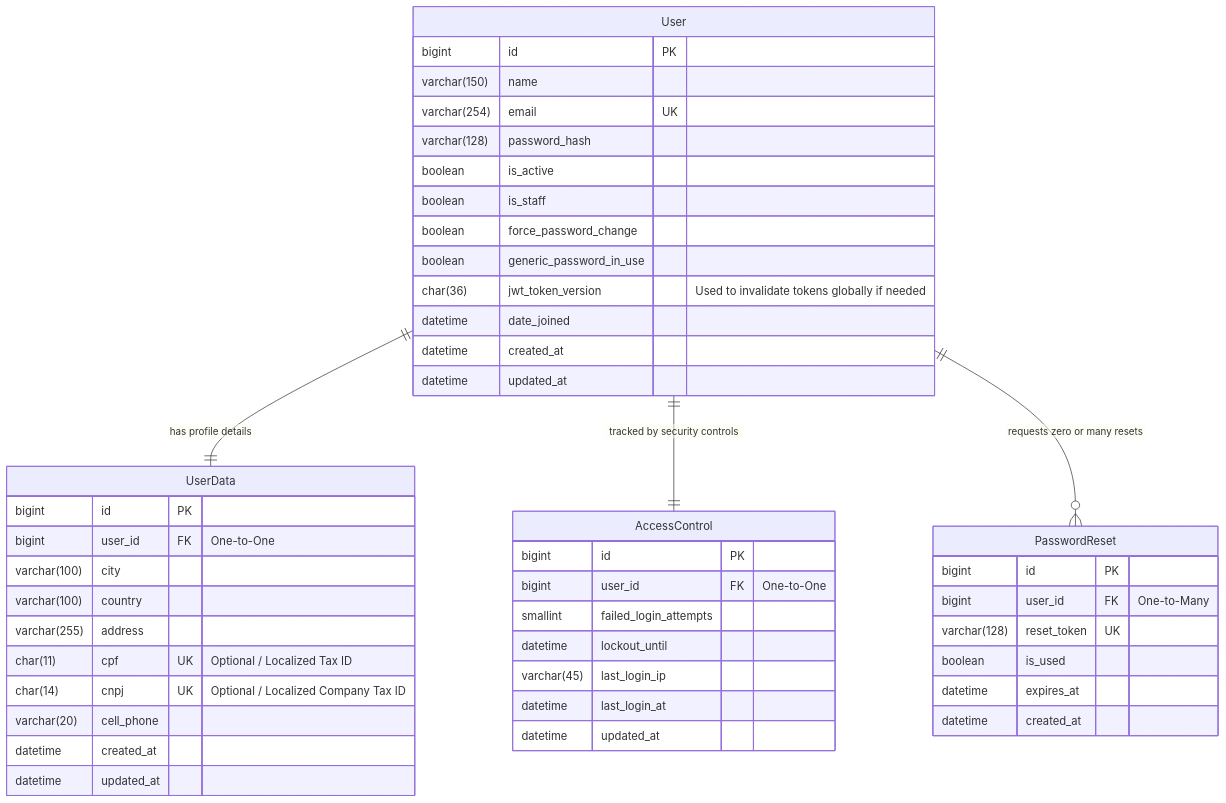
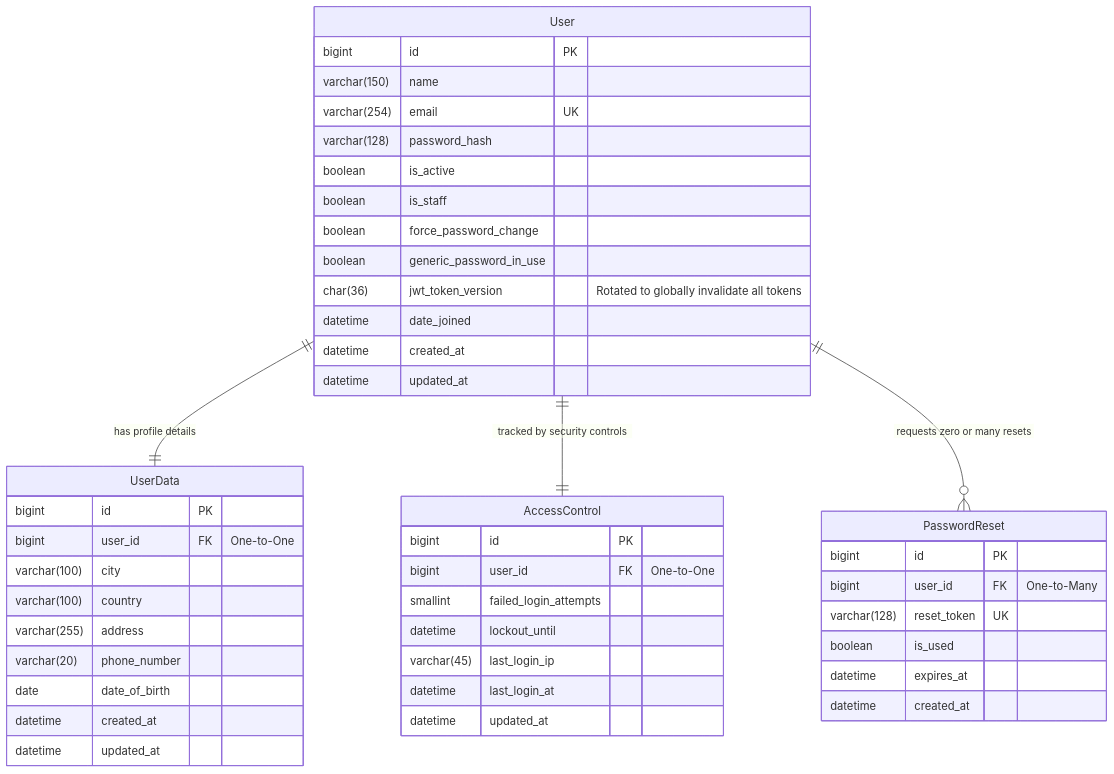
Before and after one commit to NicholasGDev/pythonErpConsole: the second of 2 diagrams in README.MD, drawn with Mermaid. The commit also changed other lines of this file, not shown here.

Commit message:
feat: update README with API reference and authentication flow details

````diff
--- a/README.MD
+++ b/README.MD
@@ -58,54 +72,52 @@
 ```mermaid
 erDiagram
     User {
         bigint id PK
         varchar(150) name
         varchar(254) email UK
         varchar(128) password_hash
         boolean is_active
         boolean is_staff
         boolean force_password_change
         boolean generic_password_in_use
-        char(36) jwt_token_version "Used to invalidate tokens globally if needed"
+        char(36) jwt_token_version "Rotated to globally invalidate all tokens"
         datetime date_joined
         datetime created_at
         datetime updated_at
     }
 
     UserData {
         bigint id PK
         bigint user_id FK "One-to-One"
         varchar(100) city
         varchar(100) country
         varchar(255) address
-        char(11) cpf UK "Optional / Localized Tax ID"
-        char(14) cnpj UK "Optional / Localized Company Tax ID"
-        varchar(20) cell_phone
+        varchar(20) phone_number
+        date date_of_birth
         datetime created_at
         datetime updated_at
     }
 
     AccessControl {
         bigint id PK
         bigint user_id FK "One-to-One"
         smallint failed_login_attempts
         datetime lockout_until
         varchar(45) last_login_ip
         datetime last_login_at
         datetime updated_at
     }
 
     PasswordReset {
         bigint id PK
         bigint user_id FK "One-to-Many"
         varchar(128) reset_token UK
         boolean is_used
         datetime expires_at
         datetime created_at
     }
 
     User ||--|| UserData : "has profile details"
     User ||--|| AccessControl : "tracked by security controls"
     User ||--o{ PasswordReset : "requests zero or many resets"
-
 ```
````
